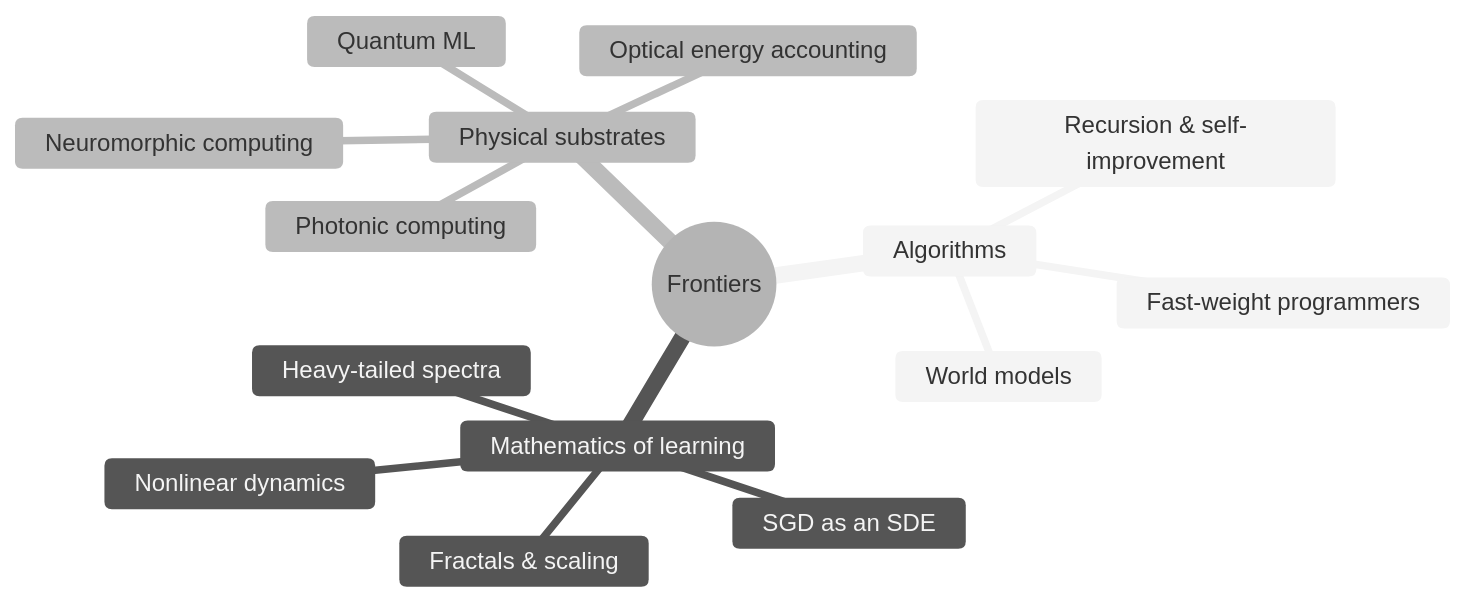
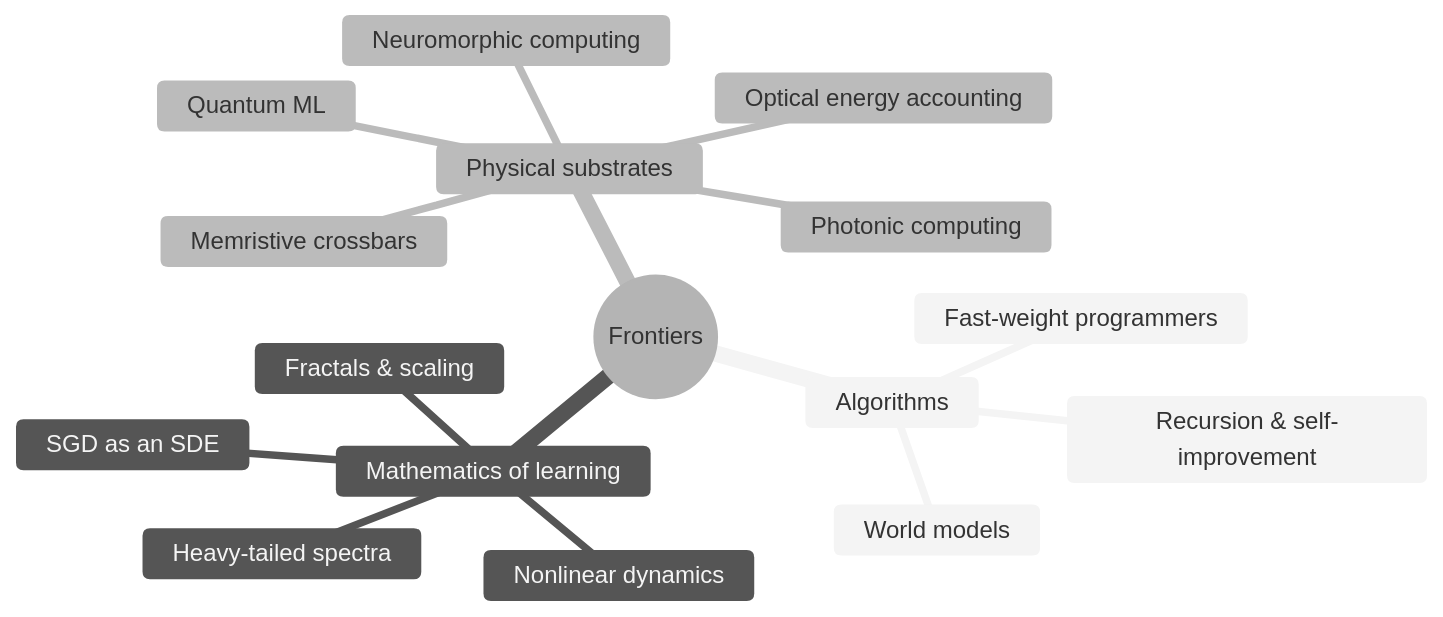
Before and after one commit to marcpoliquin5/understanding-ai: the diagram in docs/06-frontiers/README.md, drawn with Mermaid (neutral theme). The commit also changed other lines of this file and 6 other files, not shown here.

Commit message:
Add Memristive crossbars and in-memory computing page (Frontiers) with 23 new checked references

````diff
--- a/docs/06-frontiers/README.md
+++ b/docs/06-frontiers/README.md
@@ -23,18 +24,19 @@
 ```mermaid
 mindmap
   root((Frontiers))
     Algorithms
       Recursion & self-improvement
       Fast-weight programmers
       World models
     Mathematics of learning
       Fractals & scaling
       Heavy-tailed spectra
       Nonlinear dynamics
       SGD as an SDE
     Physical substrates
       Photonic computing
       Optical energy accounting
       Neuromorphic computing
+      Memristive crossbars
       Quantum ML
 ```
````
